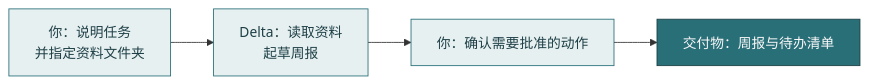
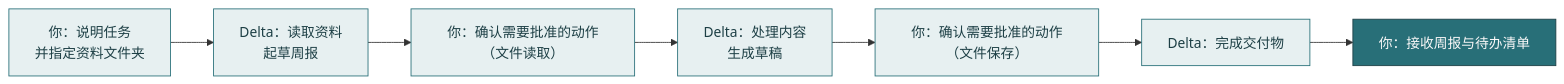
Before and after one commit to fongap-labs/delta: the first of 3 diagrams in README.md, drawn with Mermaid. The commit also changed other lines of this file, not shown here.

````diff
--- a/README.md
+++ b/README.md
@@ -40,10 +58,13 @@
 ```mermaid
 flowchart LR
     A["你：说明任务<br/>并指定资料文件夹"] --> B["Delta：读取资料<br/>起草周报"]
-    B --> C["你：确认需要批准的动作"]
-    C --> D["交付物：周报与待办清单"]
+    B --> C["你：确认需要批准的动作（文件读取）"]
+    C --> D["Delta：处理内容<br/>生成草稿"]
+    D --> E["你：确认需要批准的动作（文件保存）"]
+    E --> F["Delta：完成交付物"]
+    F --> G["你：接收周报与待办清单"]
     classDef brand fill:#286F78,stroke:#1D3F45,color:#FBF9F9
     classDef soft fill:#E7F0F1,stroke:#286F78,color:#1D3F45
-    class D brand
-    class A,B,C soft
+    class G brand
+    class A,B,C,D,E,F soft
 ```
````
